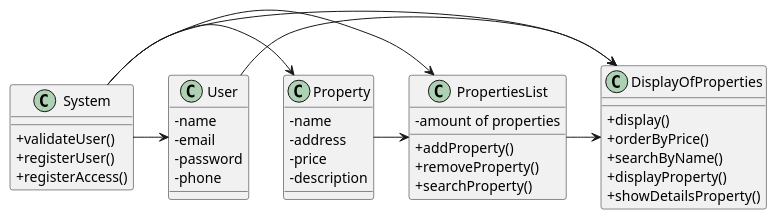
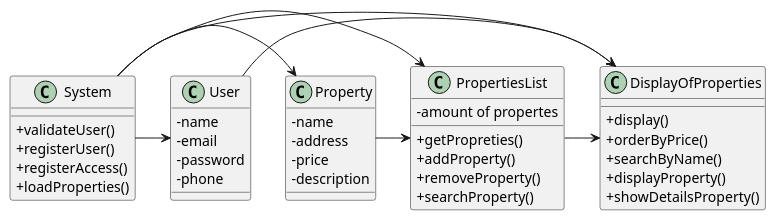
Before and after one commit to Rodrick0209/ISEP-LAPR2-22-23: the diagram in docs/Sprint-B/US001/03.design/puml/us001-class-diagram.puml, drawn with PlantUML. The commit also changed 1 other file, not shown here.

Commit message:
US001- Modified class diagram and Sequence diagram

```diff
--- a/docs/Sprint-B/US001/03.design/puml/us001-class-diagram.puml
+++ b/docs/Sprint-B/US001/03.design/puml/us001-class-diagram.puml
@@ -1,57 +1,59 @@
 @startuml
 
 skinparam packageStyle rectangle
 skinparam shadowing false
 'skinparam linetype polyline
 
 
 skinparam classAttributeIconSize 0
 
 class Property {
     -name
     -address
     -price
     -description
 }
 
 class PropertiesList {
-    -amount of properties
+    -amount of propertes
 
+    + getPropreties()
     + addProperty()
     + removeProperty()
     + searchProperty()
 }
 
 class User {
     - name
     - email
     - password
     - phone
 }
 
 class DisplayOfProperties {
     + display()
     + orderByPrice()
     + searchByName()
     + displayProperty()
     + showDetailsProperty()
 
 }
 
 class System {
     + validateUser()
     + registerUser()
     + registerAccess()
+    + loadProperties()
 }
 
 Property -> PropertiesList
 PropertiesList -> DisplayOfProperties
 User -> DisplayOfProperties
 System -> Property
 System -> PropertiesList
 System -> User
 System -> DisplayOfProperties
 
 
 
 @enduml
```
